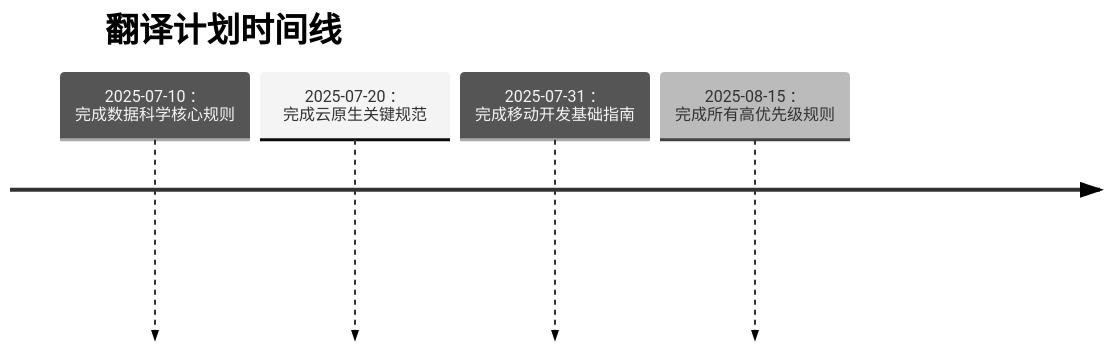
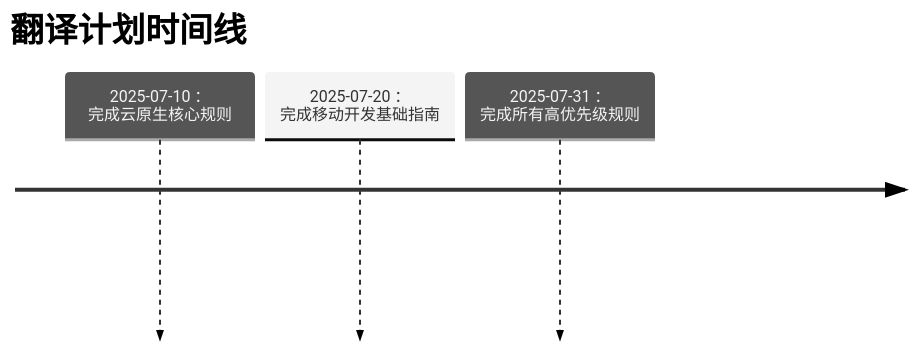
Before and after one commit to LessUp/awesome-cursorrules-zh: the diagram in docs/translation-progress.md, drawn with Mermaid (neutral theme). The commit also changed other lines of this file and 4 other files, not shown here.

````diff
--- a/docs/translation-progress.md
+++ b/docs/translation-progress.md
@@ -174,8 +179,7 @@
    ```mermaid
    timeline
        title 翻译计划时间线
-       2025-07-10 ： 完成数据科学核心规则
-       2025-07-20 ： 完成云原生关键规范
-       2025-07-31 ： 完成移动开发基础指南
-       2025-08-15 ： 完成所有高优先级规则
+       2025-07-10 ： 完成云原生核心规则
+       2025-07-20 ： 完成移动开发基础指南
+       2025-07-31 ： 完成所有高优先级规则
    ```
````
